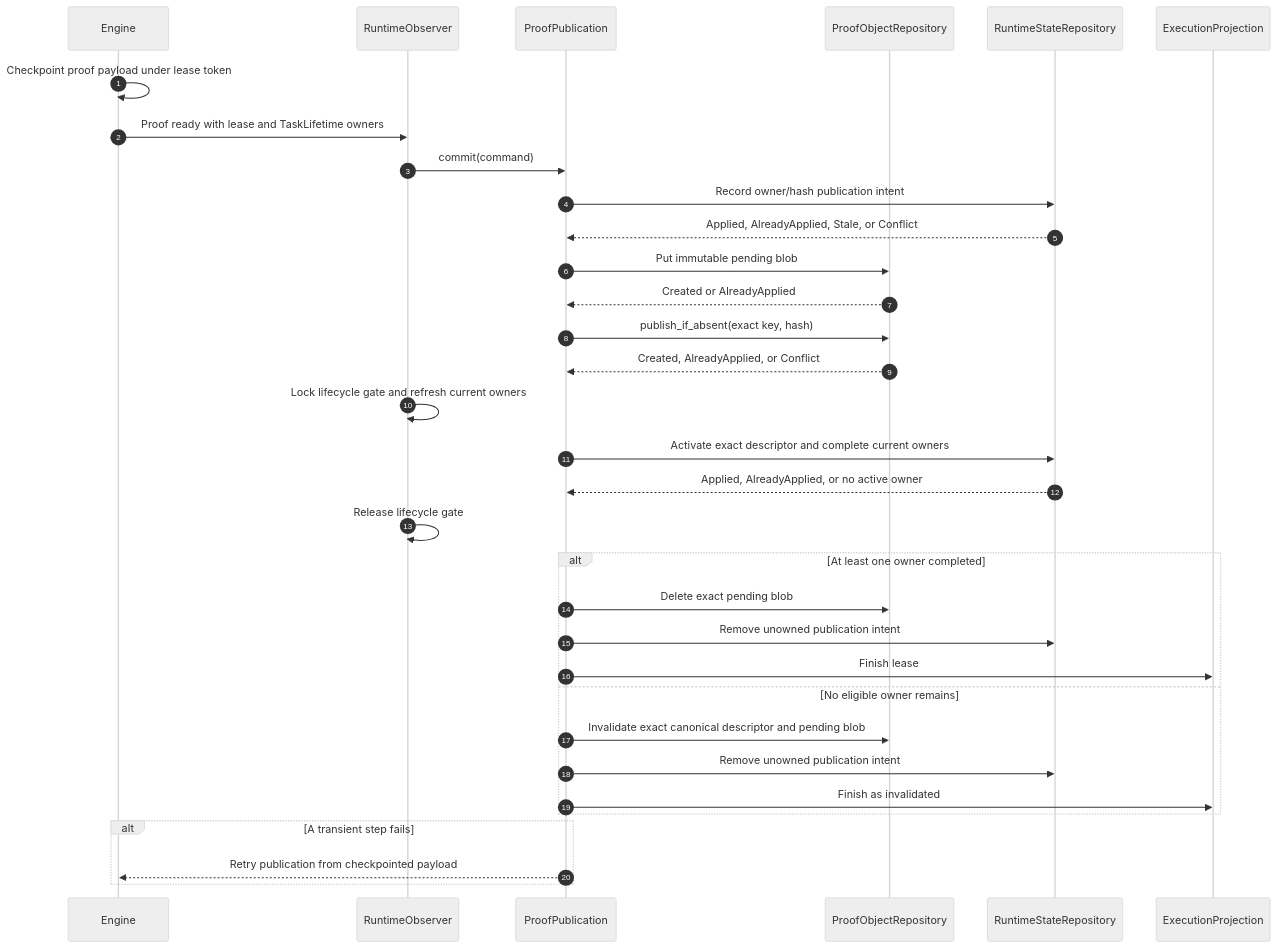
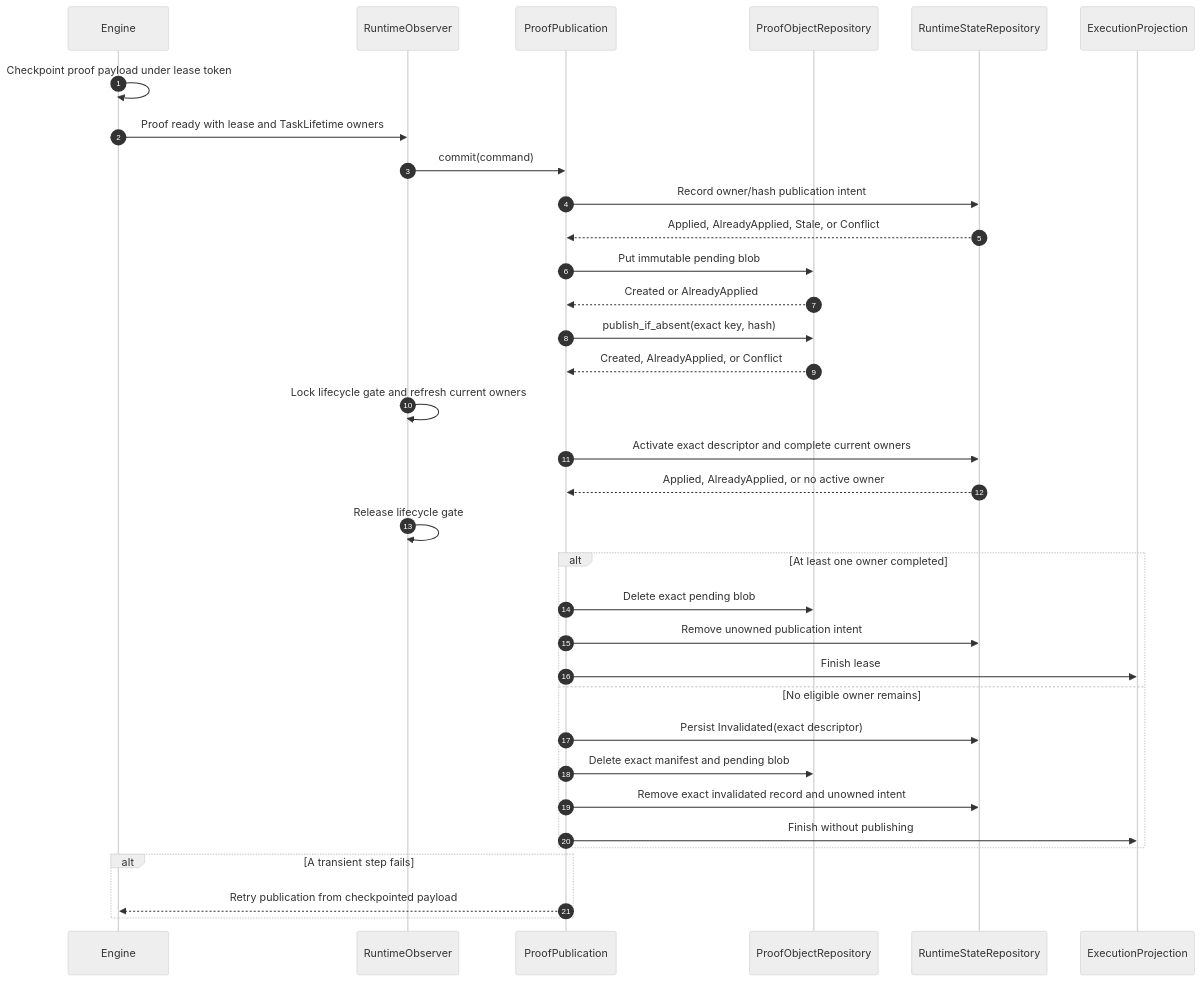
One commit to taikoxyz/raiko2 changed the ninth of 15 diagrams in docs/architecture.md. Above: the diagram before and after it, drawn with Mermaid (neutral theme). The commit also changed other lines of this file and 25 other files, not shown here.

````diff
--- a/docs/architecture.md
+++ b/docs/architecture.md
@@ -471,36 +468,37 @@
 ```mermaid
 sequenceDiagram
   autonumber
   participant Engine
   participant Observer as RuntimeObserver
   participant Publish as ProofPublication
   participant Objects as ProofObjectRepository
   participant State as RuntimeStateRepository
   participant Queue as ExecutionProjection
 
   Engine->>Engine: Checkpoint proof payload under lease token
   Engine->>Observer: Proof ready with lease and TaskLifetime owners
   Observer->>Publish: commit(command)
   Publish->>State: Record owner/hash publication intent
   State-->>Publish: Applied, AlreadyApplied, Stale, or Conflict
   Publish->>Objects: Put immutable pending blob
   Objects-->>Publish: Created or AlreadyApplied
   Publish->>Objects: publish_if_absent(exact key, hash)
   Objects-->>Publish: Created, AlreadyApplied, or Conflict
   Observer->>Observer: Lock lifecycle gate and refresh current owners
   Publish->>State: Activate exact descriptor and complete current owners
   State-->>Publish: Applied, AlreadyApplied, or no active owner
   Observer->>Observer: Release lifecycle gate
   alt At least one owner completed
     Publish->>Objects: Delete exact pending blob
     Publish->>State: Remove unowned publication intent
     Publish->>Queue: Finish lease
   else No eligible owner remains
-    Publish->>Objects: Invalidate exact canonical descriptor and pending blob
-    Publish->>State: Remove unowned publication intent
-    Publish->>Queue: Finish as invalidated
+    Publish->>State: Persist Invalidated(exact descriptor)
+    Publish->>Objects: Delete exact manifest and pending blob
+    Publish->>State: Remove exact invalidated record and unowned intent
+    Publish->>Queue: Finish without publishing
   end
   alt A transient step fails
     Publish-->>Engine: Retry publication from checkpointed payload
   end
 ```
````
